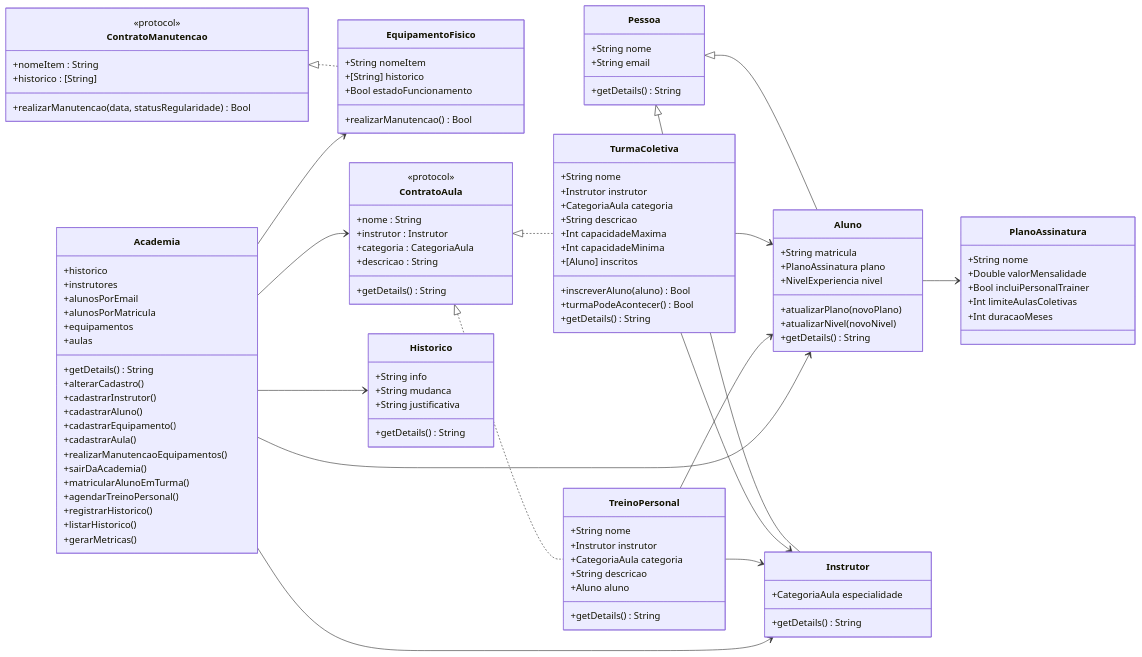
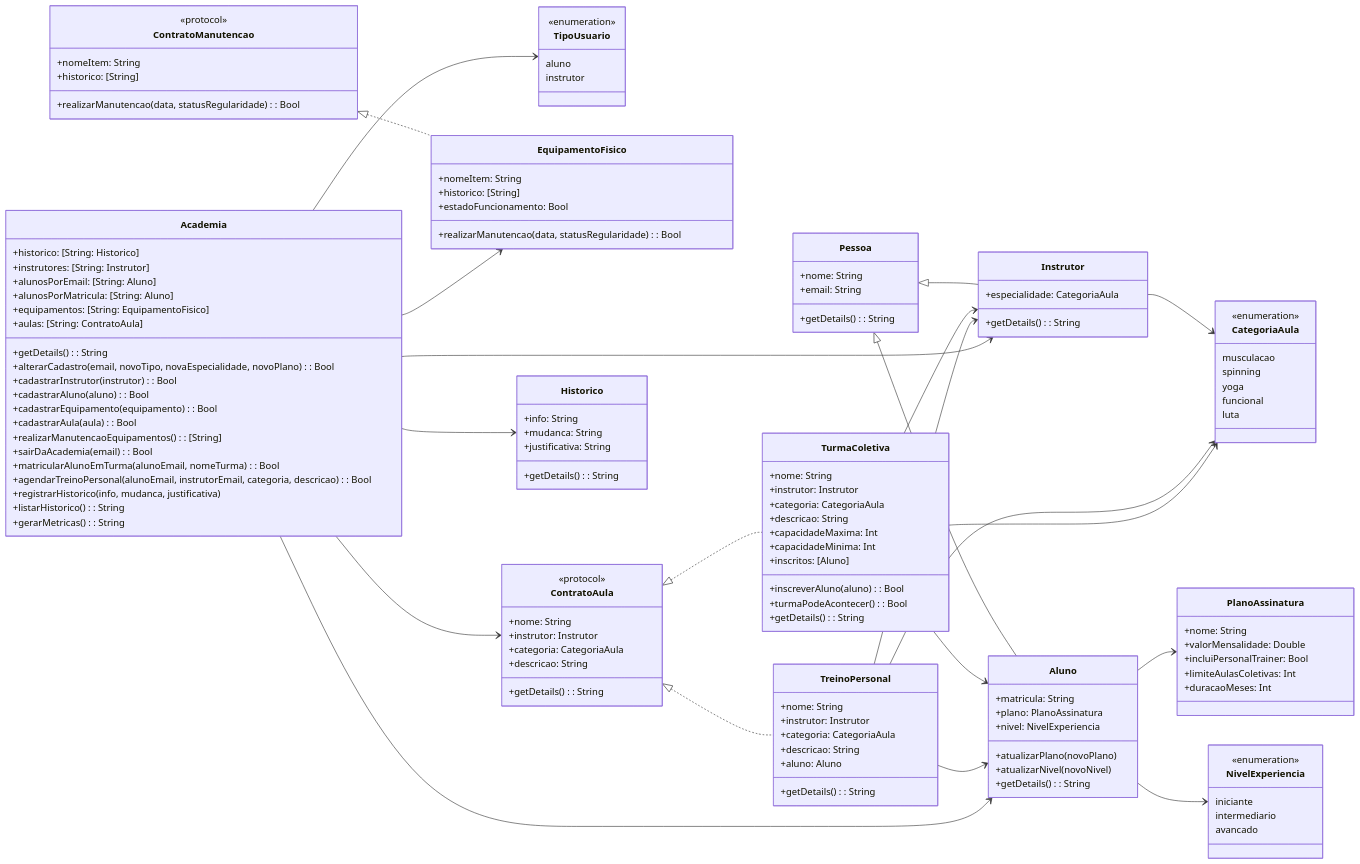
The diagram in Sources/Projeto/README.md (StormRider4513/POOSwift1), drawn with Mermaid before and after one commit.

Commit message:
arrumando readme

````diff
--- a/Sources/Projeto/README.md
+++ b/Sources/Projeto/README.md
@@ -5,85 +5,106 @@
 ```mermaid
     classDiagram
-    direction LR 
+    direction LR
+        class NivelExperiencia {
+            <<enumeration>>
+            iniciante
+            intermediario
+            avancado
+        }
+
+        class CategoriaAula {
+            <<enumeration>>
+            musculacao
+            spinning
+            yoga
+            funcional
+            luta
+        }
+
+        class TipoUsuario {
+            <<enumeration>>
+            aluno
+            instrutor
+        }
 
         class Pessoa {
-            +String nome
-            +String email
-            +getDetails() String
+            +nome: String
+            +email: String
+            +getDetails(): String
         }
 
         class Aluno {
-            +String matricula
-            +PlanoAssinatura plano
-            +NivelExperiencia nivel
+            +matricula: String
+            +plano: PlanoAssinatura
+            +nivel: NivelExperiencia
             +atualizarPlano(novoPlano)
             +atualizarNivel(novoNivel)
-            +getDetails() String
+            +getDetails(): String
         }
 
         class Instrutor {
-            +CategoriaAula especialidade
-            +getDetails() String
+            +especialidade: CategoriaAula
+            +getDetails(): String
         }
 
         Pessoa <|-- Aluno
         Pessoa <|-- Instrutor
 
         class PlanoAssinatura {
-            +String nome
-            +Double valorMensalidade
-            +Bool incluiPersonalTrainer
-            +Int limiteAulasColetivas
-            +Int duracaoMeses
+            +nome: String
+            +valorMensalidade: Double
+            +incluiPersonalTrainer: Bool
+            +limiteAulasColetivas: Int
+            +duracaoMeses: Int
         }
 
         Aluno --> PlanoAssinatura
 
         class ContratoManutencao {
             <<protocol>>
-            +nomeItem : String
-            +historico : [String]
-            +realizarManutencao(data, statusRegularidade) Bool
+            +nomeItem: String
+            +historico: [String]
+            +realizarManutencao(data, statusRegularidade): Bool
         }
 
         class EquipamentoFisico {
-            +String nomeItem
-            +[String] historico
-            +Bool estadoFuncionamento
-            +realizarManutencao() Bool
+            +nomeItem: String
+            +historico: [String]
+            +estadoFuncionamento: Bool
+            +realizarManutencao(data, statusRegularidade): Bool
         }
 
         ContratoManutencao <|.. EquipamentoFisico
 
         class ContratoAula {
             <<protocol>>
-            +nome : String
-            +instrutor : Instrutor
-            +categoria : CategoriaAula
-            +descricao : String
-            +getDetails() String
+            +nome: String
+            +instrutor: Instrutor
+            +categoria: CategoriaAula
+            +descricao: String
+            +getDetails(): String
         }
 
         class TurmaColetiva {
-            +String nome
-            +Instrutor instrutor
-            +CategoriaAula categoria
-            +String descricao
-            +Int capacidadeMaxima
-            +Int capacidadeMinima
-            +[Aluno] inscritos
-            +inscreverAluno(aluno) Bool
-            +turmaPodeAcontecer() Bool
-            +getDetails() String
+            +nome: String
+            +instrutor: Instrutor
+            +categoria: CategoriaAula
+            +descricao: String
+            +capacidadeMaxima: Int
+            +capacidadeMinima: Int
+            +inscritos: [Aluno]
+            +inscreverAluno(aluno): Bool
+            +turmaPodeAcontecer(): Bool
+            +getDetails(): String
         }
 
         class TreinoPersonal {
-            +String nome
-            +Instrutor instrutor
-            +CategoriaAula categoria
-            +String descricao
-            +Aluno aluno
-            +getDetails() String
+            +nome: String
+            +instrutor: Instrutor
+            +categoria: CategoriaAula
+            +descricao: String
+            +aluno: Aluno
+            +getDetails(): String
         }
 
         ContratoAula <|.. TurmaColetiva
@@ -94,38 +115,45 @@
         TreinoPersonal --> Instrutor
         TreinoPersonal --> Aluno
 
-        class Academia {
-            +historico
-            +instrutores
-            +alunosPorEmail
-            +alunosPorMatricula
-            +equipamentos
-            +aulas
-            +getDetails() String
-            +alterarCadastro()
-            +cadastrarInstrutor()
-            +cadastrarAluno()
-            +cadastrarEquipamento()
-            +cadastrarAula()
-            +realizarManutencaoEquipamentos()
-            +sairDaAcademia()
-            +matricularAlunoEmTurma()
-            +agendarTreinoPersonal()
-            +registrarHistorico()
-            +listarHistorico()
-            +gerarMetricas()
+        class Historico {
+            +info: String
+            +mudanca: String
+            +justificativa: String
+            +getDetails(): String
         }
 
-        class Historico {
-            +String info
-            +String mudanca
-            +String justificativa
-            +getDetails() String
+        class Academia {
+            +historico: [String: Historico]
+            +instrutores: [String: Instrutor]
+            +alunosPorEmail: [String: Aluno]
+            +alunosPorMatricula: [String: Aluno]
+            +equipamentos: [String: EquipamentoFisico]
+            +aulas: [String: ContratoAula]
+
+            +getDetails(): String
+            +alterarCadastro(email, novoTipo, novaEspecialidade, novoPlano): Bool
+            +cadastrarInstrutor(instrutor): Bool
+            +cadastrarAluno(aluno): Bool
+            +cadastrarEquipamento(equipamento): Bool
+            +cadastrarAula(aula): Bool
+            +realizarManutencaoEquipamentos(): [String]
+            +sairDaAcademia(email): Bool
+            +matricularAlunoEmTurma(alunoEmail, nomeTurma): Bool
+            +agendarTreinoPersonal(alunoEmail, instrutorEmail, categoria, descricao): Bool
+            +registrarHistorico(info, mudanca, justificativa)
+            +listarHistorico(): String
+            +gerarMetricas(): String
         }
 
-        Academia --> Historico
+        Academia --> Instrutor
+        Academia --> Aluno
         Academia --> EquipamentoFisico
         Academia --> ContratoAula
-        Academia --> Aluno
-        Academia --> Instrutor
+        Academia --> Historico
+
+        Instrutor --> CategoriaAula
+        Aluno --> NivelExperiencia
+        TreinoPersonal --> CategoriaAula
+        TurmaColetiva --> CategoriaAula
+        Academia --> TipoUsuario
 ```
````
